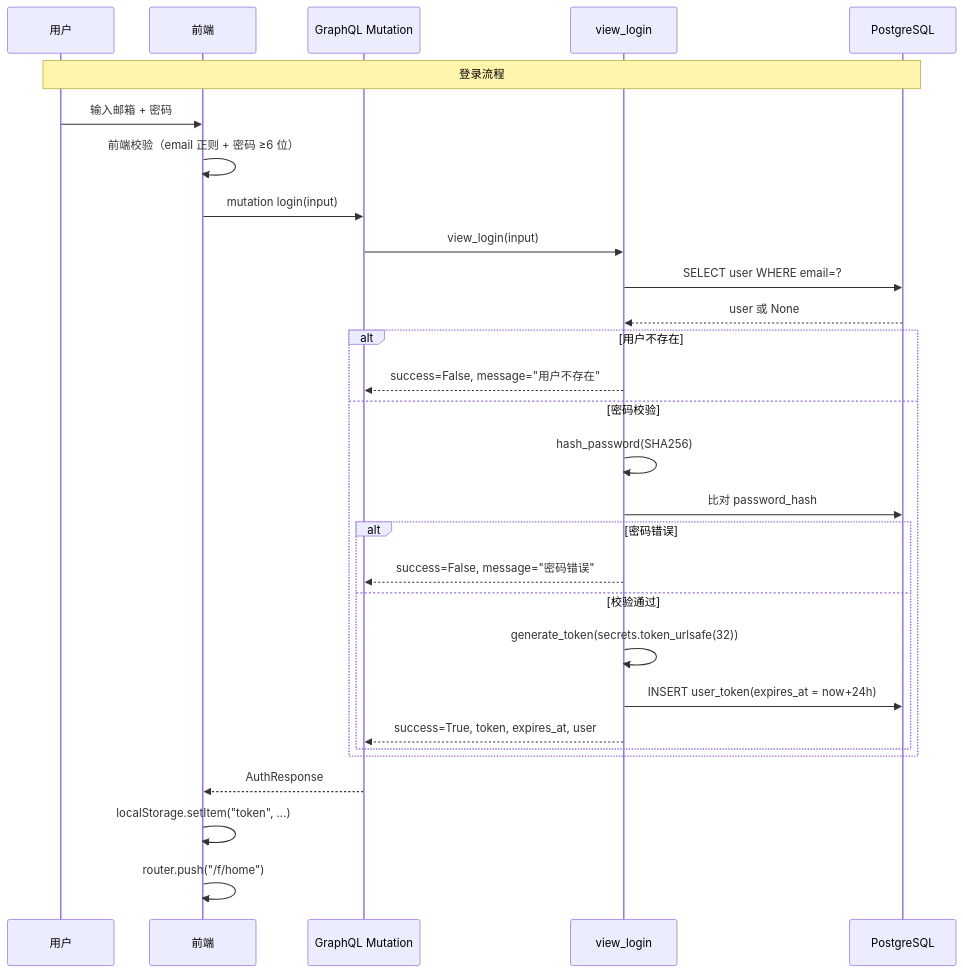
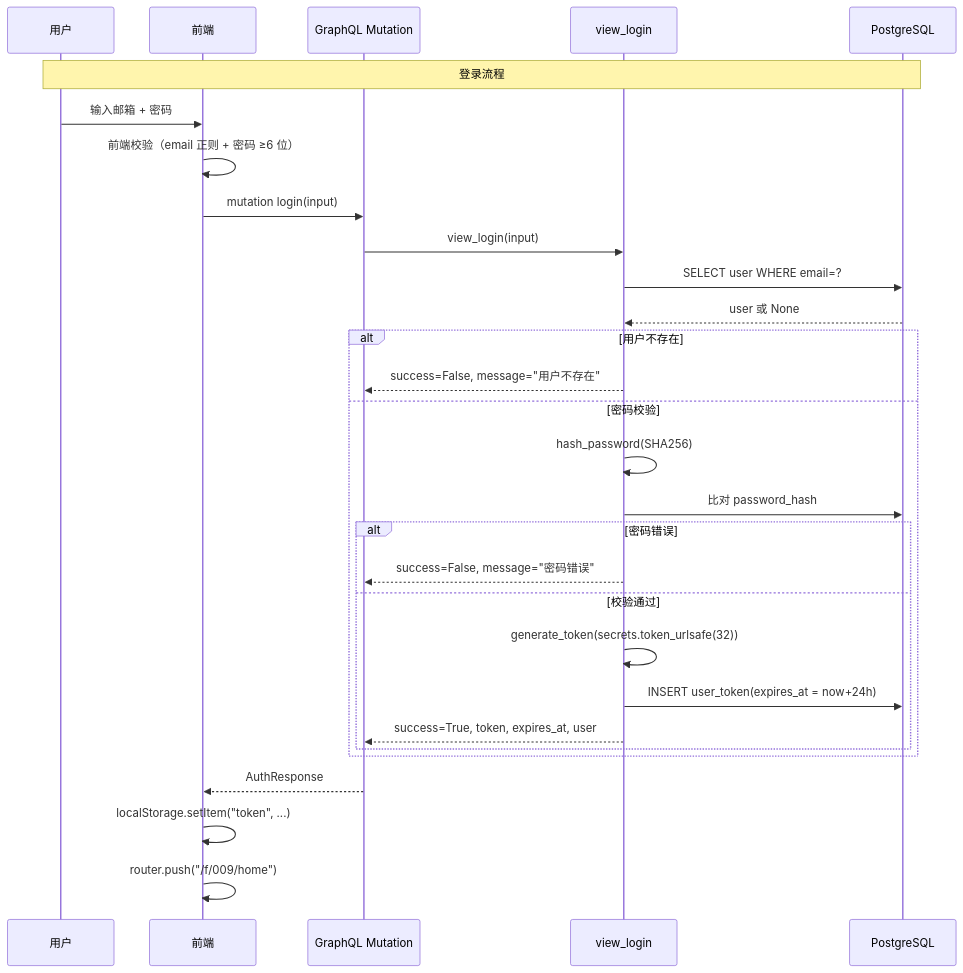
The sixth of 9 diagrams in docs/技术侧拆解.md (i-TorchLabs/id_x_009), drawn with Mermaid before and after one commit. The commit also changed other lines of this file and 37 other files, not shown here.

````diff
--- a/docs/技术侧拆解.md
+++ b/docs/技术侧拆解.md
@@ -377,32 +377,32 @@
 ```mermaid
 sequenceDiagram
     participant U as 用户
     participant FE as 前端
     participant G as GraphQL Mutation
     participant V as view_login
     participant DB as PostgreSQL
 
     Note over U,DB: 登录流程
     U->>FE: 输入邮箱 + 密码
     FE->>FE: 前端校验（email 正则 + 密码 ≥6 位）
     FE->>G: mutation login(input)
     G->>V: view_login(input)
     V->>DB: SELECT user WHERE email=?
     DB-->>V: user 或 None
     alt 用户不存在
         V-->>G: success=False, message="用户不存在"
     else 密码校验
         V->>V: hash_password(SHA256)
         V->>DB: 比对 password_hash
         alt 密码错误
             V-->>G: success=False, message="密码错误"
         else 校验通过
             V->>V: generate_token(secrets.token_urlsafe(32))
             V->>DB: INSERT user_token(expires_at = now+24h)
             V-->>G: success=True, token, expires_at, user
         end
     end
     G-->>FE: AuthResponse
     FE->>FE: localStorage.setItem("token", ...)
-    FE->>FE: router.push("/f/home")
+    FE->>FE: router.push("/f/009/home")
 ```
````
